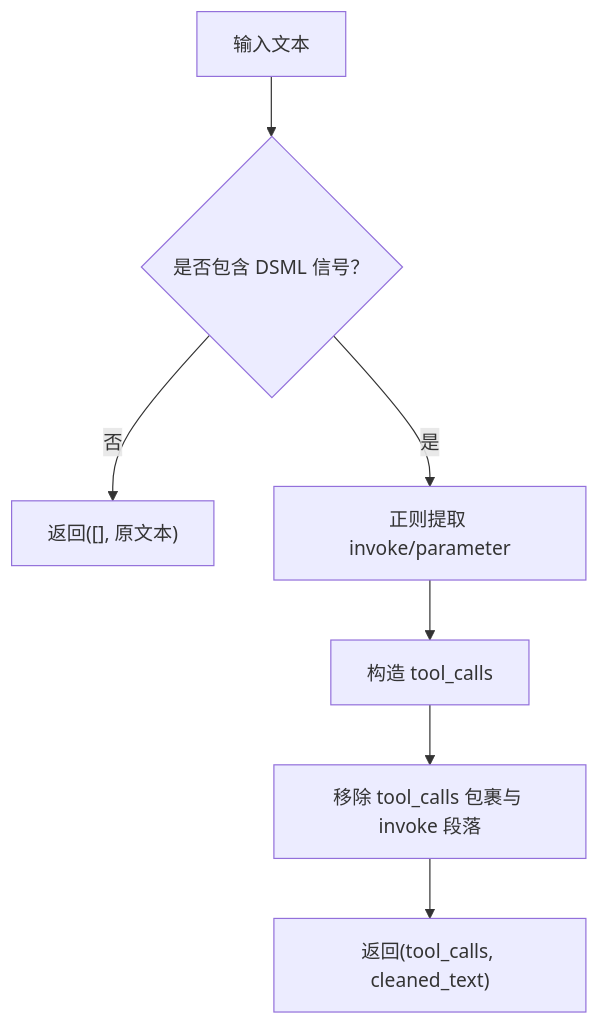
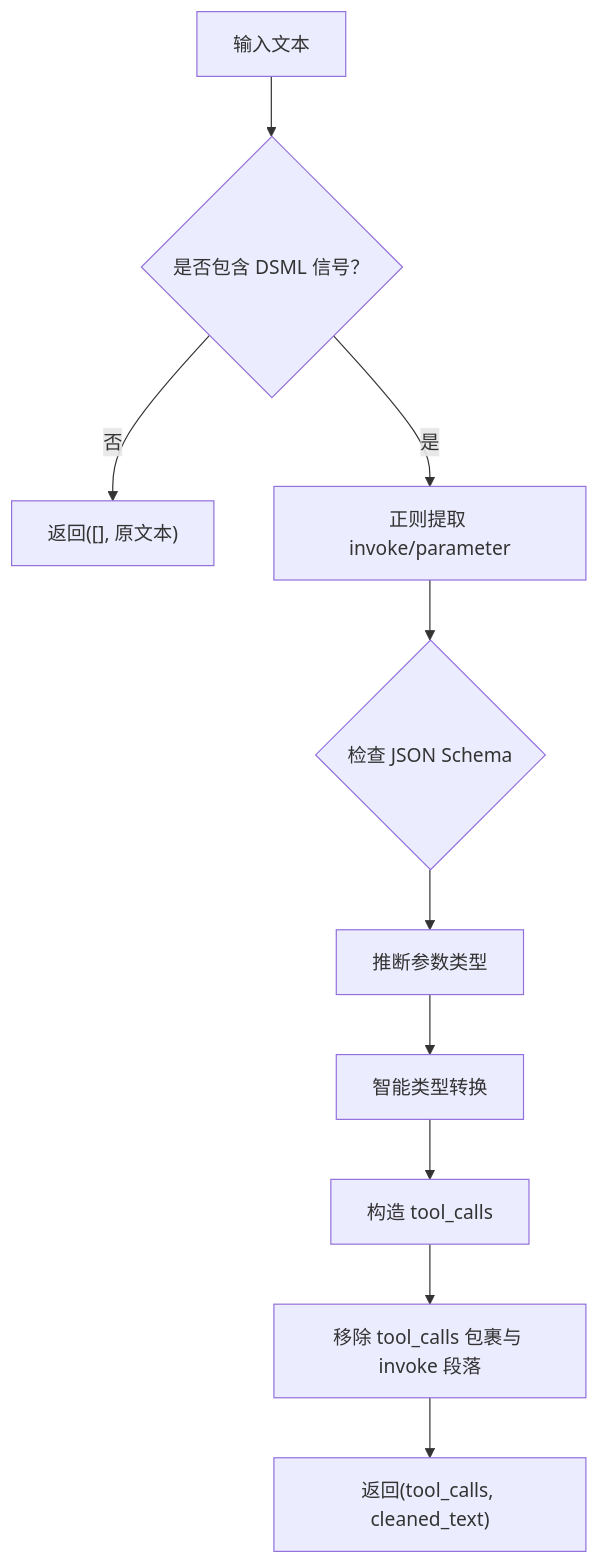
The sixth of 9 diagrams in .qoder/repowiki/zh/content/智能体系统/聊天智能体.md (gongzili456/DeepTutor), drawn with Mermaid before and after one commit. The commit also changed other lines of this file and 821 other files, not shown here.

````diff
--- a/.qoder/repowiki/zh/content/智能体系统/聊天智能体.md
+++ b/.qoder/repowiki/zh/content/智能体系统/聊天智能体.md
@@ -203,9 +259,12 @@
 ```mermaid
 flowchart TD
 Input["输入文本"] --> Detect{"是否包含 DSML 信号？"}
 Detect -- 否 --> ReturnOrig["返回([], 原文本)"]
 Detect -- 是 --> Extract["正则提取 invoke/parameter"]
-Extract --> BuildCalls["构造 tool_calls"]
+Extract --> SchemaCheck{"检查 JSON Schema"}
+SchemaCheck --> TypeInfer["推断参数类型"]
+TypeInfer --> Coerce["智能类型转换"]
+Coerce --> BuildCalls["构造 tool_calls"]
 BuildCalls --> Clean["移除 tool_calls 包裹与 invoke 段落"]
 Clean --> Output["返回(tool_calls, cleaned_text)"]
 ```
````
